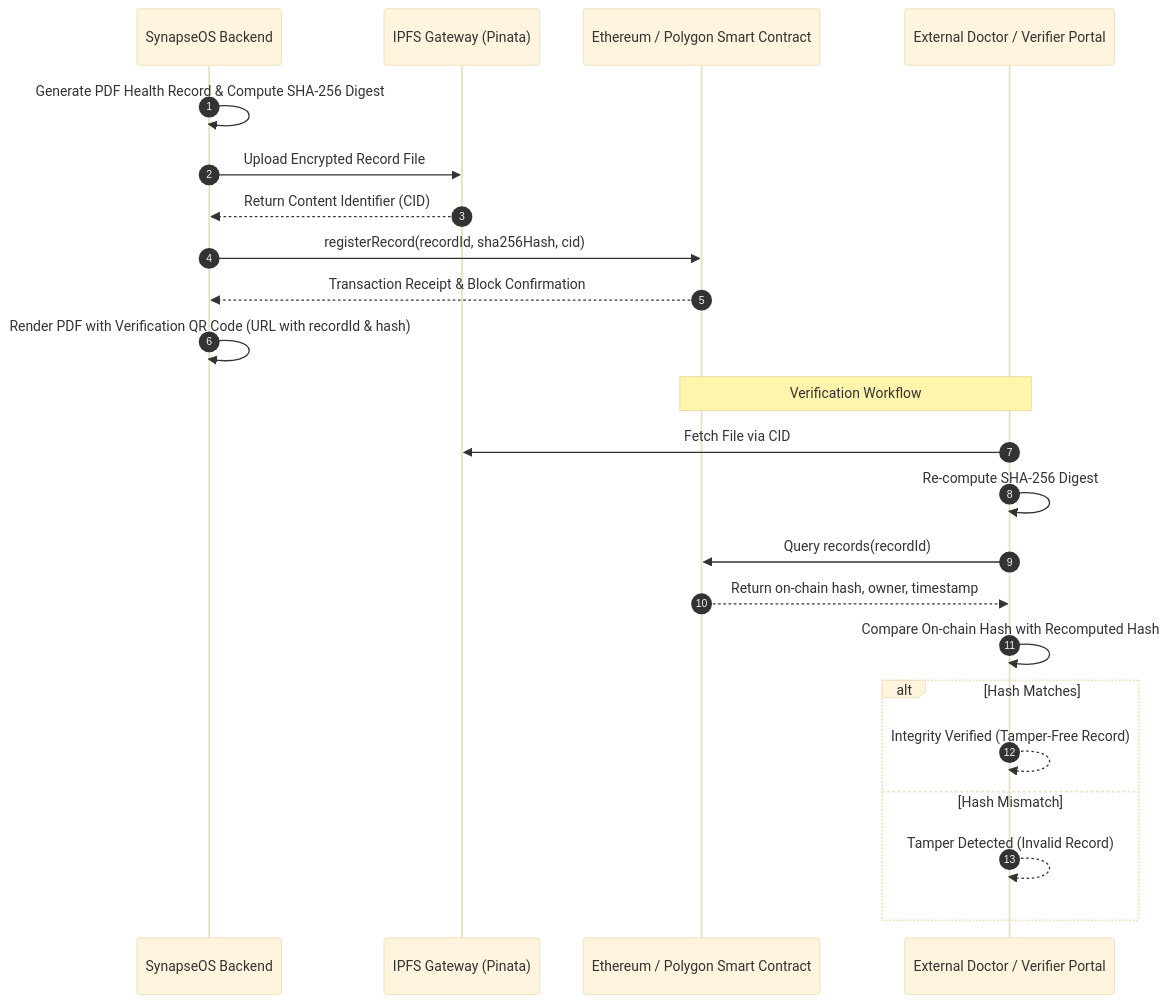
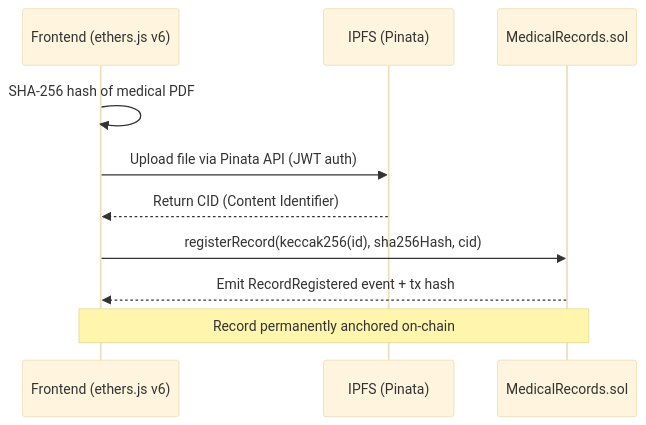
Before and after one commit to livingmangal/Synapse-OS: the fourth of 5 diagrams in README.md, drawn with Mermaid (base theme). The commit also changed other lines of this file, not shown here.

Commit message:
docs: production-grade README with full architecture, agents, tech stack, API ref, blockchain, wearable pipeline, 12-image showcase

````diff
--- a/README.md
+++ b/README.md
@@ -311,27 +487,13 @@
 ```mermaid
 sequenceDiagram
-    autonumber
-    participant App as SynapseOS Backend
-    participant IPFS as IPFS Gateway (Pinata)
-    participant EVM as Ethereum / Polygon Smart Contract
-    participant Verifier as External Doctor / Verifier Portal
+    participant FE as Frontend (ethers.js v6)
+    participant IPFS as IPFS (Pinata)
+    participant SOL as MedicalRecords.sol
 
-    App->>App: Generate PDF Health Record & Compute SHA-256 Digest
-    App->>IPFS: Upload Encrypted Record File
-    IPFS-->>App: Return Content Identifier (CID)
-    App->>EVM: registerRecord(recordId, sha256Hash, cid)
-    EVM-->>App: Transaction Receipt & Block Confirmation
-    App->>App: Render PDF with Verification QR Code (URL with recordId & hash)
-    
-    Note over Verifier,EVM: Verification Workflow
-    Verifier->>IPFS: Fetch File via CID
-    Verifier->>Verifier: Re-compute SHA-256 Digest
-    Verifier->>EVM: Query records(recordId)
-    EVM-->>Verifier: Return on-chain hash, owner, timestamp
-    Verifier->>Verifier: Compare On-chain Hash with Recomputed Hash
-    alt Hash Matches
-        Verifier-->>Verifier: Integrity Verified (Tamper-Free Record)
-    else Hash Mismatch
-        Verifier-->>Verifier: Tamper Detected (Invalid Record)
-    end
+    FE->>FE: SHA-256 hash of medical PDF
+    FE->>IPFS: Upload file via Pinata API (JWT auth)
+    IPFS-->>FE: Return CID (Content Identifier)
+    FE->>SOL: registerRecord(keccak256(id), sha256Hash, cid)
+    SOL-->>FE: Emit RecordRegistered event + tx hash
+    Note over FE,SOL: Record permanently anchored on-chain
 ```
````
